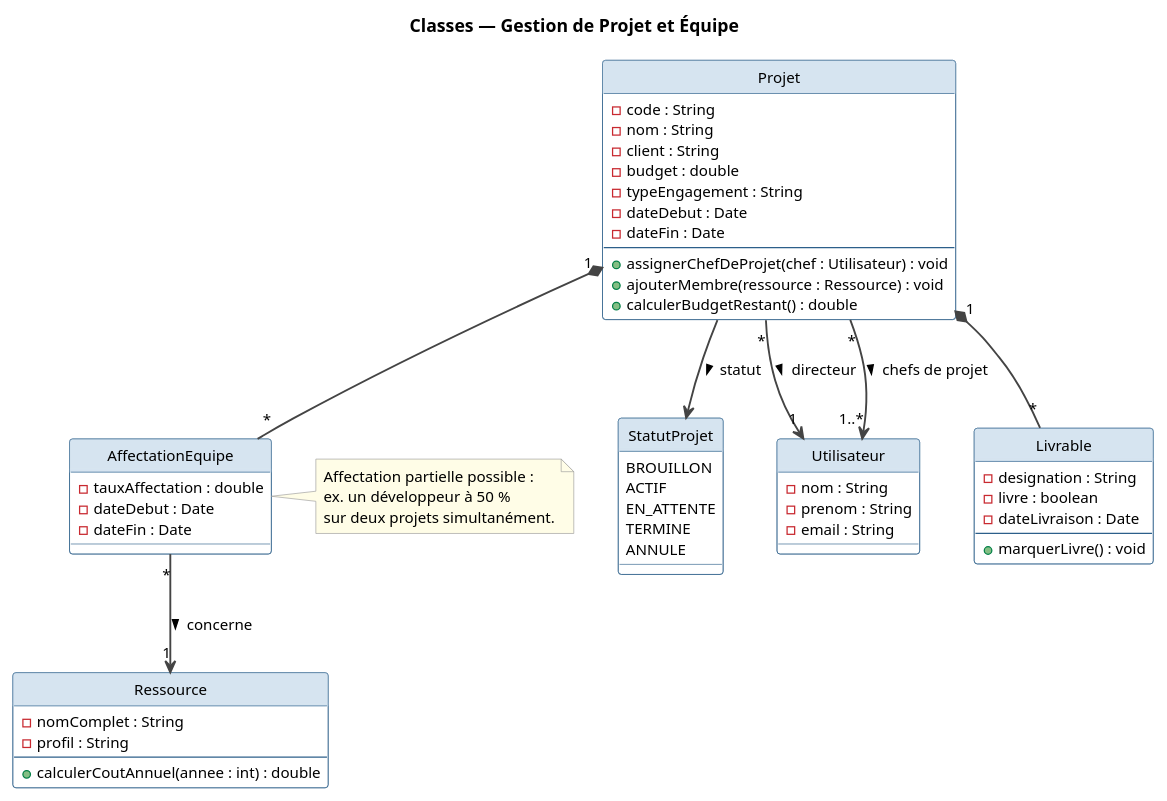
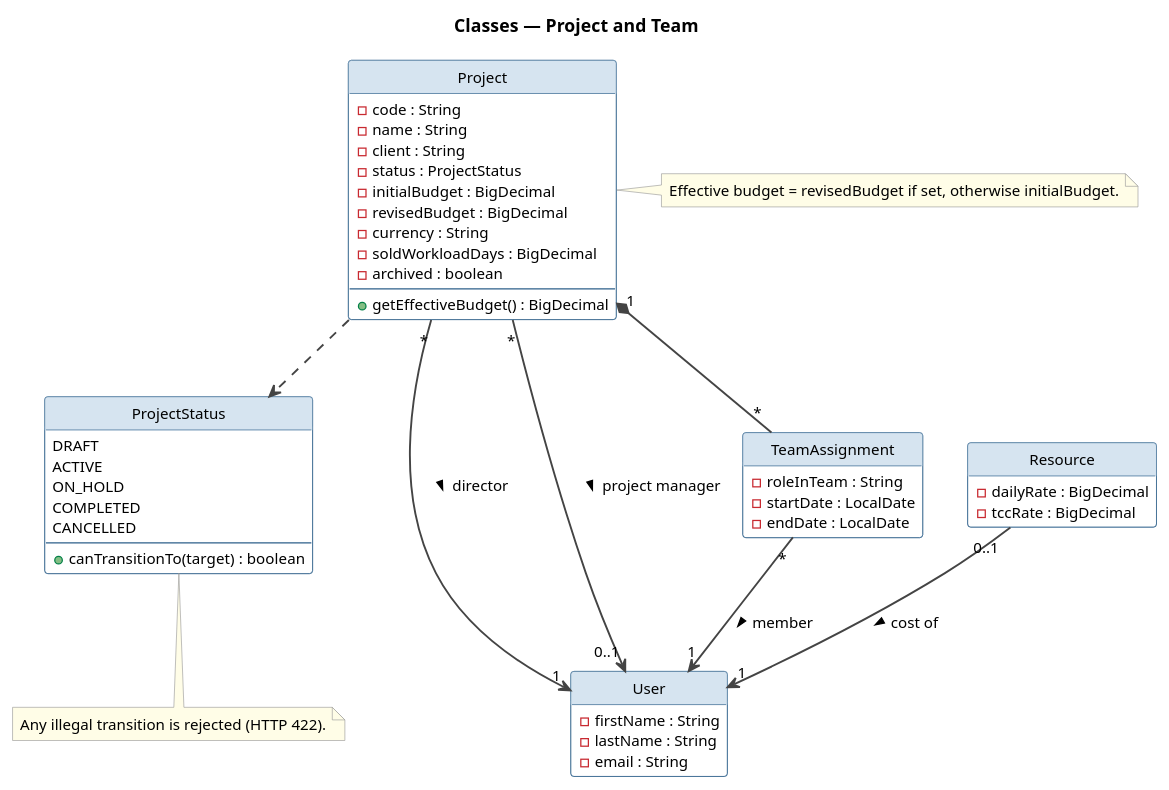
The diagram in docs/uml/04-class-project-team.puml (mazenrakrouki/tekup-pms-platform), drawn with PlantUML before and after one commit. The commit also changed 72 other files, not shown here.

```diff
--- a/docs/uml/04-class-project-team.puml
+++ b/docs/uml/04-class-project-team.puml
@@ -1,80 +1,75 @@
 @startuml class_project_team
-title Classes — Gestion de Projet et Équipe
+title Classes — Project and Team
 
 top to bottom direction
 
 skinparam shadowing false
 skinparam classBackgroundColor #FFFFFF
 skinparam classBorderColor #2C5F8A
 skinparam classHeaderBackgroundColor #D6E4F0
 skinparam defaultFontName Helvetica
 skinparam defaultFontSize 12
 skinparam ArrowColor #444444
 skinparam ArrowThickness 1.5
 skinparam noteBorderColor #999999
 skinparam noteBackgroundColor #FFFDE7
 hide circle
+hide empty methods
 
-enum StatutProjet {
-  BROUILLON
-  ACTIF
-  EN_ATTENTE
-  TERMINE
-  ANNULE
+enum ProjectStatus {
+  DRAFT
+  ACTIVE
+  ON_HOLD
+  COMPLETED
+  CANCELLED
+  --
+  + canTransitionTo(target) : boolean
 }
 
-class Projet {
+class Project {
   - code : String
-  - nom : String
+  - name : String
   - client : String
-  - budget : double
-  - typeEngagement : String
-  - dateDebut : Date
-  - dateFin : Date
+  - status : ProjectStatus
+  - initialBudget : BigDecimal
+  - revisedBudget : BigDecimal
+  - currency : String
+  - soldWorkloadDays : BigDecimal
+  - archived : boolean
   --
-  + assignerChefDeProjet(chef : Utilisateur) : void
-  + ajouterMembre(ressource : Ressource) : void
-  + calculerBudgetRestant() : double
+  + getEffectiveBudget() : BigDecimal
 }
 
-class Utilisateur {
-  - nom : String
-  - prenom : String
+class User {
+  - firstName : String
+  - lastName : String
   - email : String
 }
 
-class Ressource {
-  - nomComplet : String
-  - profil : String
-  --
-  + calculerCoutAnnuel(annee : int) : double
+class TeamAssignment {
+  - roleInTeam : String
+  - startDate : LocalDate
+  - endDate : LocalDate
 }
 
-class AffectationEquipe {
-  - tauxAffectation : double
-  - dateDebut : Date
-  - dateFin : Date
+class Resource {
+  - dailyRate : BigDecimal
+  - tccRate : BigDecimal
 }
 
-class Livrable {
-  - designation : String
-  - livre : boolean
-  - dateLivraison : Date
-  --
-  + marquerLivre() : void
-}
+Project ..> ProjectStatus
+Project "*" --> "1" User : director >
+Project "*" --> "0..1" User : project manager >
+Project "1" *-- "*" TeamAssignment
+TeamAssignment "*" --> "1" User : member >
+Resource "0..1" --> "1" User : cost of >
 
-Projet "*"  --> "1"    Utilisateur       : directeur >
-Projet "*"  --> "1..*" Utilisateur       : chefs de projet >
-Projet "1"  *-- "*"    AffectationEquipe
-AffectationEquipe "*" --> "1" Ressource  : concerne >
-Projet "1"  *-- "*"    Livrable
-Projet      -->         StatutProjet      : statut >
+note right of Project
+  Effective budget = revisedBudget if set, otherwise initialBudget.
+end note
 
-note right of AffectationEquipe
-  Affectation partielle possible :
-  ex. un développeur à 50 %
-  sur deux projets simultanément.
+note bottom of ProjectStatus
+  Any illegal transition is rejected (HTTP 422).
 end note
 
 @enduml
```
